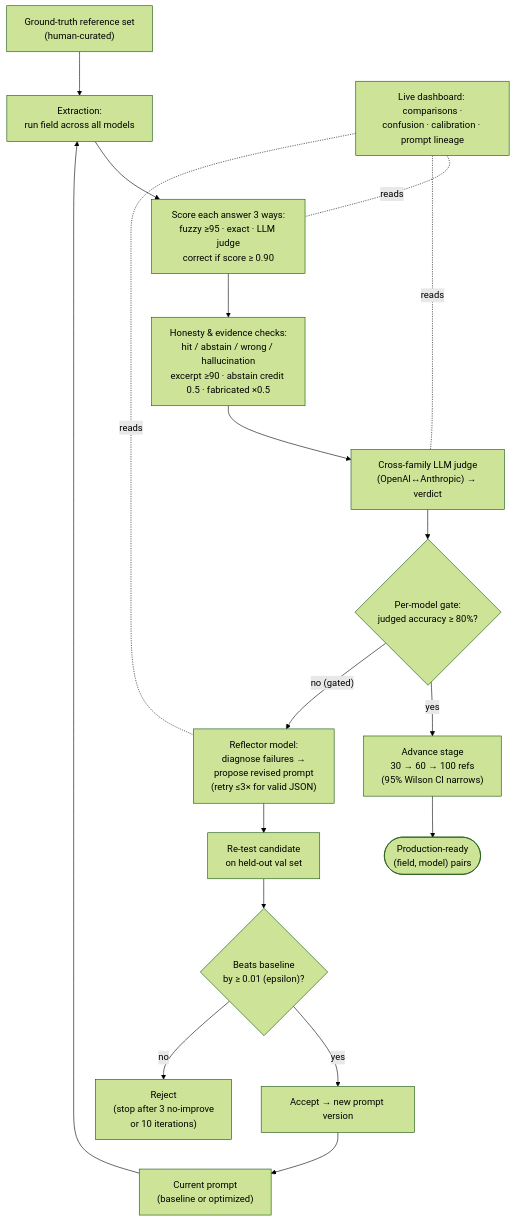
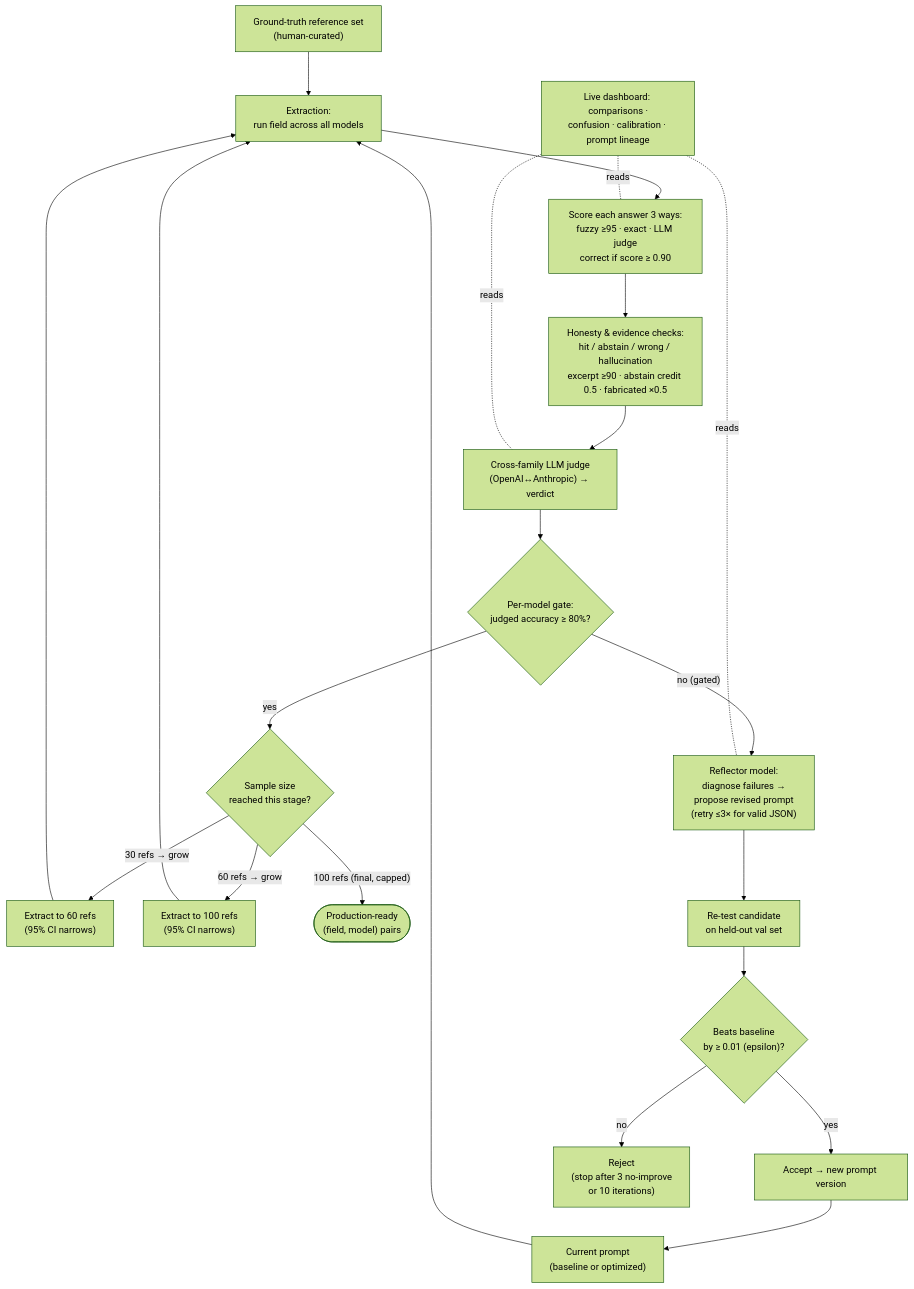
The diagram in backend/README.md (lsempe77/promptlab), drawn with Mermaid (forest theme) before and after one commit. The commit also changed 1 other file, not shown here.

Commit message:
Diagram: show staged rollout as progressive 30->60->100 loop-back stages (gate 80% is the real threshold; stages are sample-size checkpoints), only final stage -> production-ready

````diff
--- a/backend/README.md
+++ b/backend/README.md
@@ -27,20 +27,24 @@
 ```mermaid
 flowchart TD
     GT["Ground-truth reference set<br/>(human-curated)"] --> EX
     P["Current prompt<br/>(baseline or optimized)"] --> EX["Extraction:<br/>run field across all models"]
     EX --> SC["Score each answer 3 ways:<br/>fuzzy ≥95 · exact · LLM judge<br/>correct if score ≥ 0.90"]
     SC --> HON["Honesty & evidence checks:<br/>hit / abstain / wrong / hallucination<br/>excerpt ≥90 · abstain credit 0.5 · fabricated ×0.5"]
     HON --> JUDGE["Cross-family LLM judge<br/>(OpenAI↔Anthropic) → verdict"]
     JUDGE --> GATE{"Per-model gate:<br/>judged accuracy ≥ 80%?"}
-    GATE -- "yes" --> STAGE["Advance stage<br/>30 → 60 → 100 refs<br/>(95% Wilson CI narrows)"]
     GATE -- "no (gated)" --> REFLECT["Reflector model:<br/>diagnose failures →<br/>propose revised prompt<br/>(retry ≤3× for valid JSON)"]
+    GATE -- "yes" --> STAGE{"Sample size<br/>reached this stage?"}
+    STAGE -- "30 refs → grow" --> G60["Extract to 60 refs<br/>(95% CI narrows)"]
+    STAGE -- "60 refs → grow" --> G100["Extract to 100 refs<br/>(95% CI narrows)"]
+    STAGE -- "100 refs (final, capped)" --> DONE(["Production-ready<br/>(field, model) pairs"])
+    G60 --> EX
+    G100 --> EX
     REFLECT --> RETEST["Re-test candidate<br/>on held-out val set"]
     RETEST --> BETTER{"Beats baseline<br/>by ≥ 0.01 (epsilon)?"}
     BETTER -- "yes" --> ACCEPT["Accept → new prompt version"]
     BETTER -- "no" --> REJECT["Reject<br/>(stop after 3 no-improve<br/>or 10 iterations)"]
     ACCEPT --> P
-    STAGE --> DONE(["Production-ready<br/>(field, model) pairs"])
     DASH["Live dashboard: comparisons ·<br/>confusion · calibration · prompt lineage"] -.reads.- SC
     DASH -.reads.- JUDGE
     DASH -.reads.- REFLECT
 ```
````
